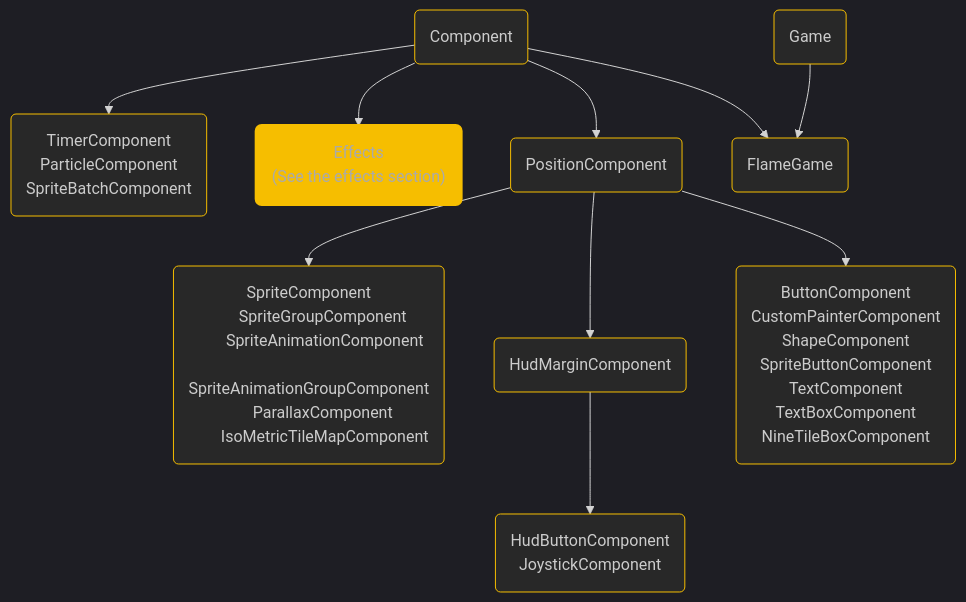
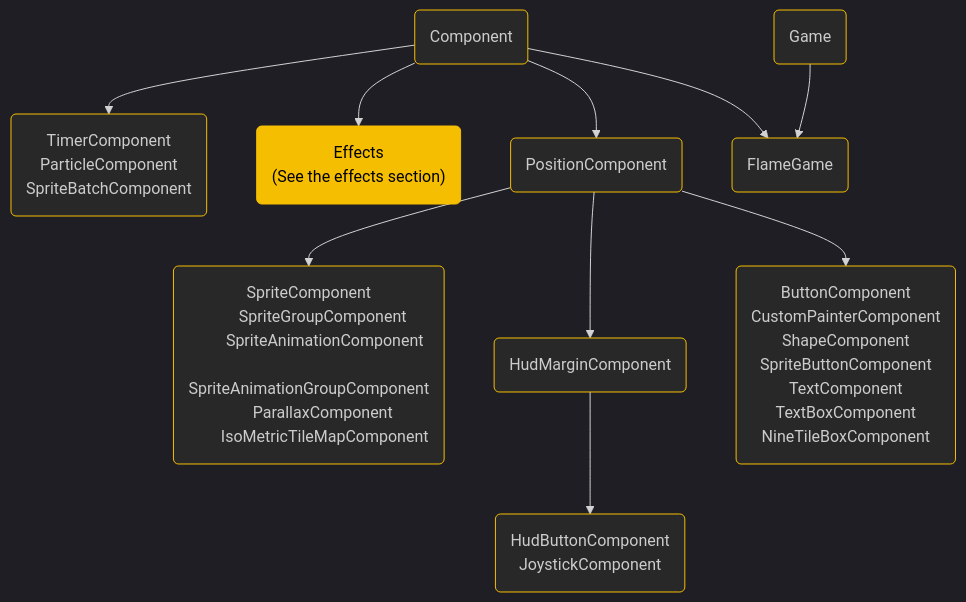
Before and after one commit to flame-engine/flame: the second of 2 diagrams in doc/flame/diagrams/component.md, drawn with Mermaid. The commit also changed other lines of this file and 2 other files, not shown here.

Commit message:
docs: Fix mermaid graphs
Styling of the graphs were not proper and custom stylings were being
overrided by the default styling. This commit fixes that issue. There is
another issue where the arrow is not shown properly and a dimmed line is
shown, this is because of improper syntax, that also has ben changed in
this commit. And lastly, the component lifecycle graph onLoad is fixed.

````diff
--- a/doc/flame/diagrams/component.md
+++ b/doc/flame/diagrams/component.md
@@ -16,57 +16,57 @@
 ```{mermaid}
 %%{init: { 'theme': 'dark'  } }%%
 graph TD
     %% Node Color %%
-    classDef yellow fill:#F6BE00,stroke:#F6BE00,stroke-width:4px,color:#AAA;
     classDef default fill:#282828,stroke:#F6BE00;
+    classDef yellow fill:#F6BE00,color:#000;
     
     %% Nodes %%
        
     Component(Component)
     Misc("
         TimerComponent
         ParticleComponent
         SpriteBatchComponent
     ")
     Effects("Effects<br/>(See the effects section)"):::yellow
     Game(Game)
     FlameGame(FlameGame)
     PositionComponent(PositionComponent)
    
     Sprites("
         SpriteComponent
         SpriteGroupComponent 
         SpriteAnimationComponent
         SpriteAnimationGroupComponent
         ParallaxComponent 
         IsoMetricTileMapComponent
     ")
     
     HudMarginComponent(HudMarginComponent)
     HudComponents("
         HudButtonComponent
         JoystickComponent
     ")
     
     OtherPositionComponents("
         ButtonComponent
         CustomPainterComponent
         ShapeComponent
         SpriteButtonComponent
         TextComponent
         TextBoxComponent
         NineTileBoxComponent
     ")
         
     %% Flow %%
     Component --> Misc
     Component --> Effects
     Component --> PositionComponent
     Component --> FlameGame
    
     Game --> FlameGame
     PositionComponent --> Sprites
     PositionComponent --> HudMarginComponent
     PositionComponent --> OtherPositionComponents
     HudMarginComponent --> HudComponents    
 ```
````
